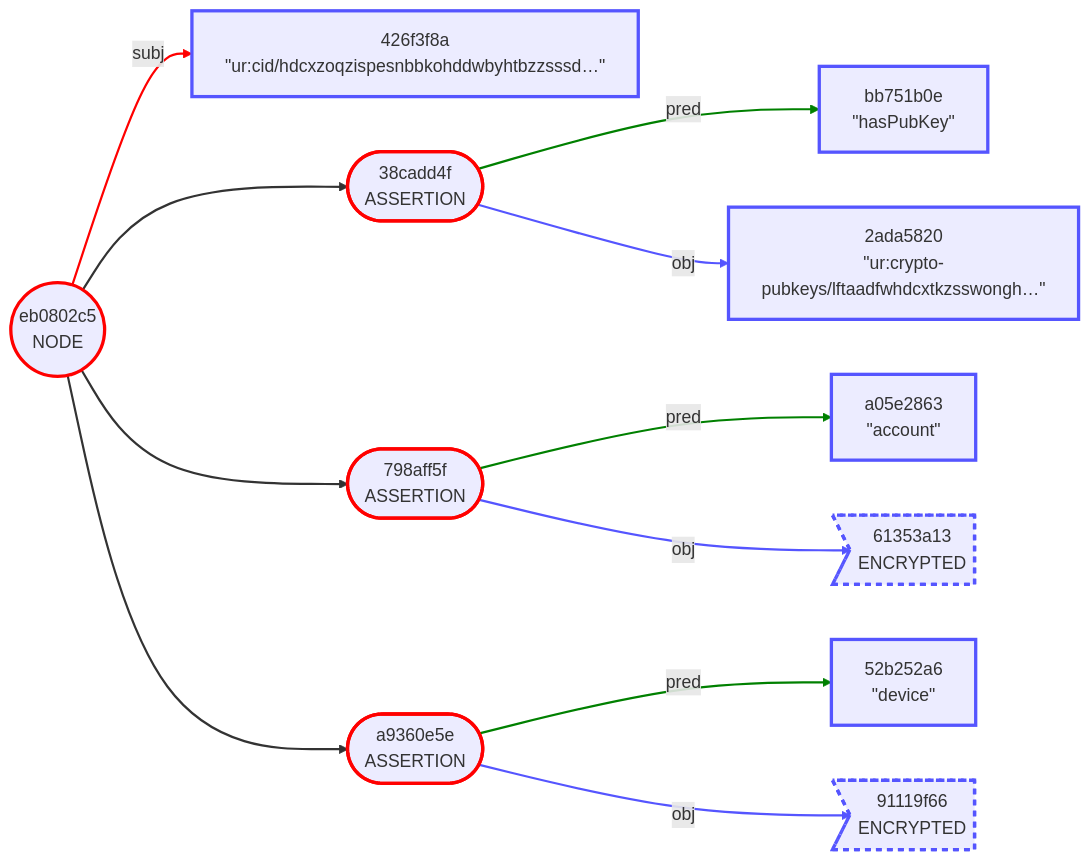
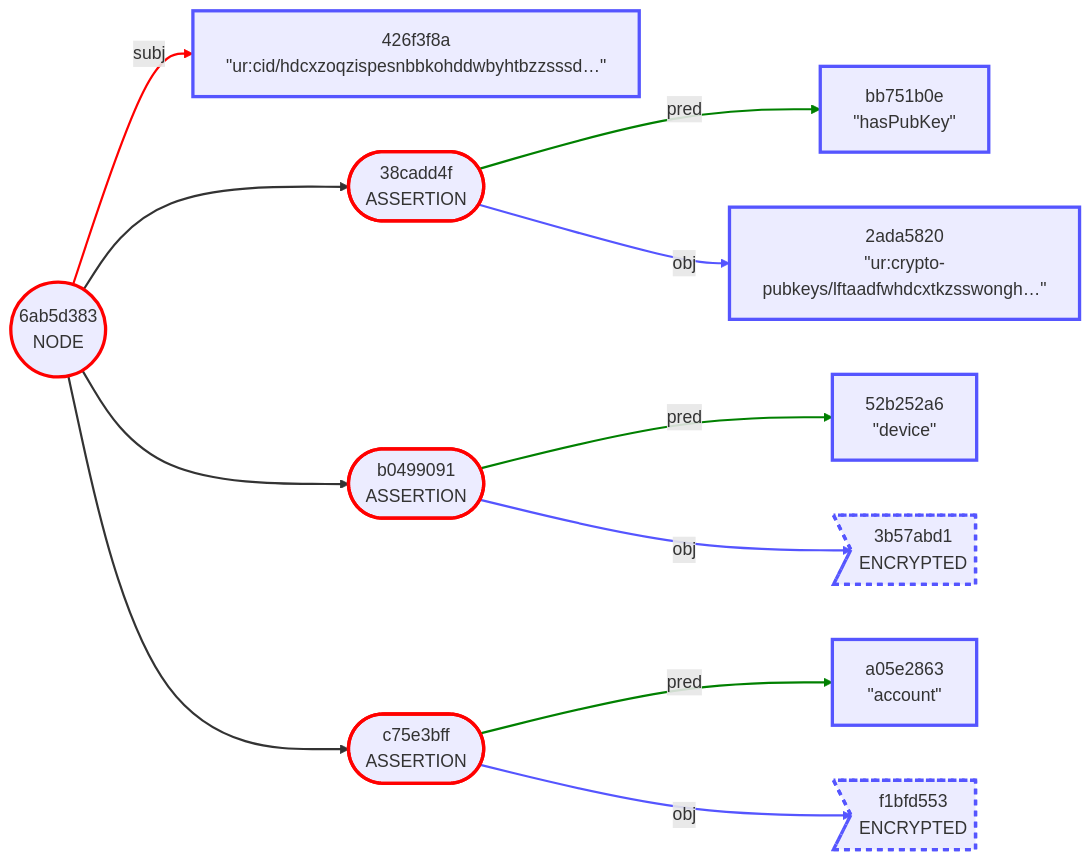
One commit to BlockchainCommons/Gordian changed the diagram in Envelope/Use-Cases/Healthcare.md. Above: the diagram before and after it, drawn with Mermaid. The commit also changed other lines of this file, not shown here.

````diff
--- a/Envelope/Use-Cases/Healthcare.md
+++ b/Envelope/Use-Cases/Healthcare.md
@@ -168,45 +173,45 @@
 ```mermaid
 graph LR
-    1(("eb0802c5<br/>NODE"))
+    1(("6ab5d383<br/>NODE"))
     2["426f3f8a<br/>#quot;ur:cid/hdcxzoqzispesnbbkohddwbyhtbzzsssd…#quot;"]
     3(["38cadd4f<br/>ASSERTION"])
     4["bb751b0e<br/>#quot;hasPubKey#quot;"]
     5["2ada5820<br/>#quot;ur:crypto-pubkeys/lftaadfwhdcxtkzsswongh…#quot;"]
-    6(["798aff5f<br/>ASSERTION"])
-    7["a05e2863<br/>#quot;account#quot;"]
-    8>"61353a13<br/>ENCRYPTED"]
-    9(["a9360e5e<br/>ASSERTION"])
-    10["52b252a6<br/>#quot;device#quot;"]
-    11>"91119f66<br/>ENCRYPTED"]
+    6(["b0499091<br/>ASSERTION"])
+    7["52b252a6<br/>#quot;device#quot;"]
+    8>"3b57abd1<br/>ENCRYPTED"]
+    9(["c75e3bff<br/>ASSERTION"])
+    10["a05e2863<br/>#quot;account#quot;"]
+    11>"f1bfd553<br/>ENCRYPTED"]
     1 -->|subj| 2
     1 --> 3
     3 -->|pred| 4
     3 -->|obj| 5
     1 --> 6
     6 -->|pred| 7
     6 -->|obj| 8
     1 --> 9
     9 -->|pred| 10
     9 -->|obj| 11
     style 1 stroke:red,stroke-width:3.0px
     style 2 stroke:#55f,stroke-width:3.0px
     style 3 stroke:red,stroke-width:3.0px
     style 4 stroke:#55f,stroke-width:3.0px
     style 5 stroke:#55f,stroke-width:3.0px
     style 6 stroke:red,stroke-width:3.0px
     style 7 stroke:#55f,stroke-width:3.0px
     style 8 stroke:#55f,stroke-width:3.0px,stroke-dasharray:5.0 5.0
     style 9 stroke:red,stroke-width:3.0px
     style 10 stroke:#55f,stroke-width:3.0px
     style 11 stroke:#55f,stroke-width:3.0px,stroke-dasharray:5.0 5.0
     linkStyle 0 stroke:red,stroke-width:2.0px
     linkStyle 1 stroke-width:2.0px
     linkStyle 2 stroke:green,stroke-width:2.0px
     linkStyle 3 stroke:#55f,stroke-width:2.0px
     linkStyle 4 stroke-width:2.0px
     linkStyle 5 stroke:green,stroke-width:2.0px
     linkStyle 6 stroke:#55f,stroke-width:2.0px
     linkStyle 7 stroke-width:2.0px
     linkStyle 8 stroke:green,stroke-width:2.0px
     linkStyle 9 stroke:#55f,stroke-width:2.0px
 ```
````
